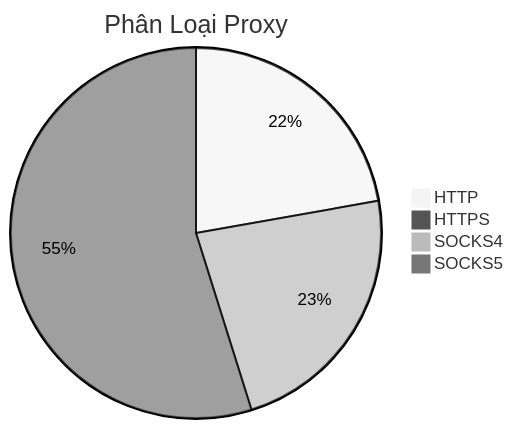
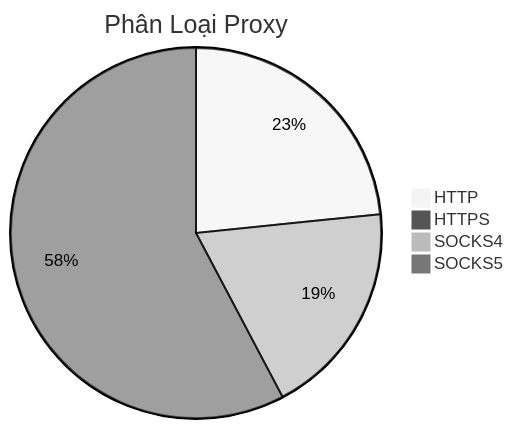
The diagram in README.md (Ciara-12/PROXY-free), drawn with Mermaid (neutral theme) before and after one commit. The commit also changed other lines of this file and 3 other files, not shown here.

````diff
--- a/README.md
+++ b/README.md
@@ -26,7 +26,7 @@
 ```mermaid
 pie title Phân Loại Proxy
-    "HTTP" : 305
+    "HTTP" : 431
     "HTTPS" : 0
-    "SOCKS4" : 315
-    "SOCKS5" : 753
+    "SOCKS4" : 348
+    "SOCKS5" : 1064
 ```
````
